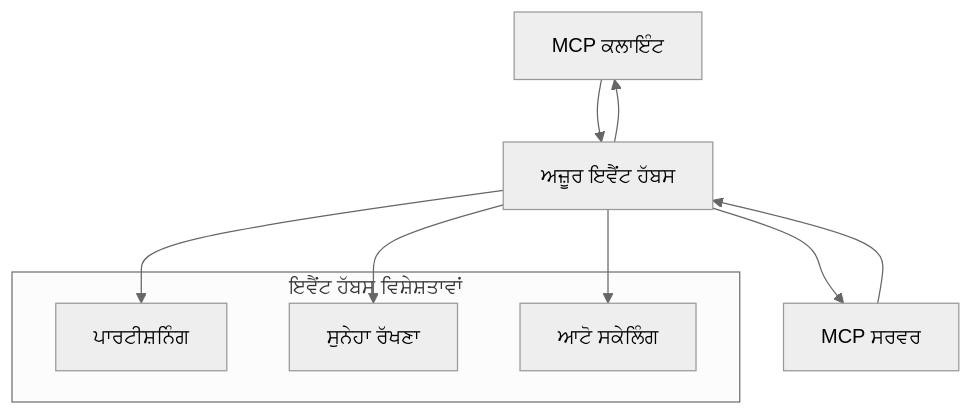
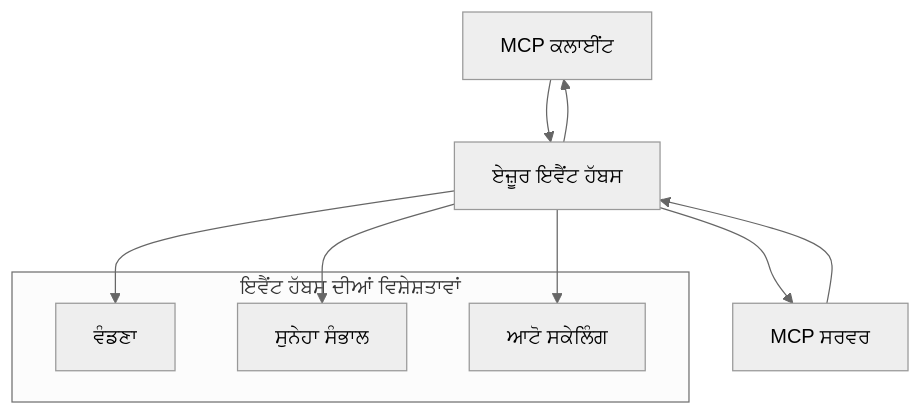
The second of 2 diagrams in mcp_ecosystem__model_context_protocol/mcp_learning_resources/mcp-for-beginners/translations/pa/05-AdvancedTopics/mcp-transport/README.md (HIDORAKAI002/ai-workspace-archive), drawn with Mermaid (neutral theme) before and after one commit. The commit also changed other lines of this file and 1046 other files, not shown here.

````diff
--- a/mcp_ecosystem__model_context_protocol/mcp_learning_resources/mcp-for-beginners/translations/pa/05-AdvancedTopics/mcp-transport/README.md
+++ b/mcp_ecosystem__model_context_protocol/mcp_learning_resources/mcp-for-beginners/translations/pa/05-AdvancedTopics/mcp-transport/README.md
@@ -270,17 +272,17 @@
 ```mermaid
 graph TB
-    Client[MCP ਕਲਾਇੰਟ] --> EH[ਅਜ਼ੂਰ ਇਵੈਂਟ ਹੱਬਸ]
+    Client[MCP ਕਲਾਈਂਟ] --> EH[ਏਜ਼ੂਰ ਇਵੈਂਟ ਹੱਬਸ]
     EH --> Server[MCP ਸਰਵਰ]
     Server --> EH
     EH --> Client
     
-    subgraph "ਇਵੈਂਟ ਹੱਬਸ ਵਿਸ਼ੇਸ਼ਤਾਵਾਂ"
-        Partition[ਪਾਰਟੀਸ਼ਨਿੰਗ]
-        Retention[ਸੁਨੇਹਾ ਰੱਖਣਾ]
+    subgraph "ਇਵੈਂਟ ਹੱਬਸ ਦੀਆਂ ਵਿਸ਼ੇਸ਼ਤਾਵਾਂ"
+        Partition[ਵੰਡਣਾ]
+        Retention[ਸੁਨੇਹਾ ਸੰਭਾਲ]
         Scaling[ਆਟੋ ਸਕੇਲਿੰਗ]
     end
     
     EH --> Partition
     EH --> Retention
     EH --> Scaling
 ```
````
